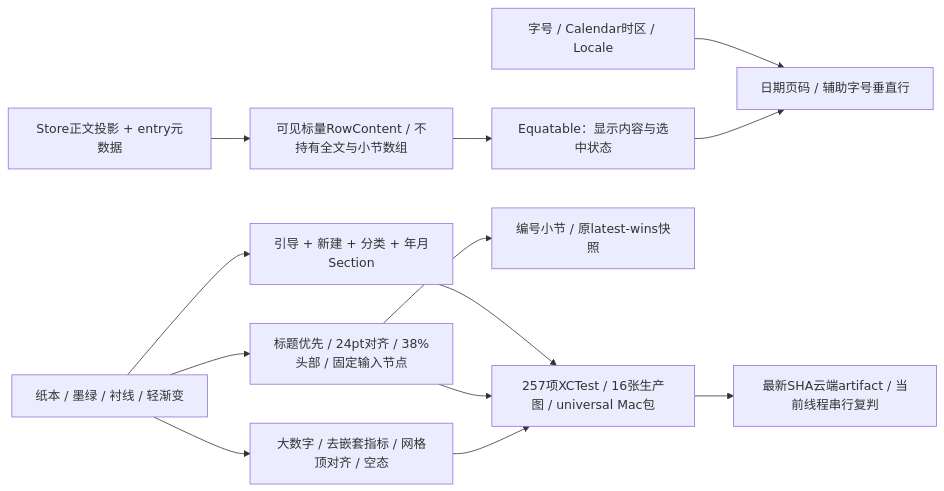
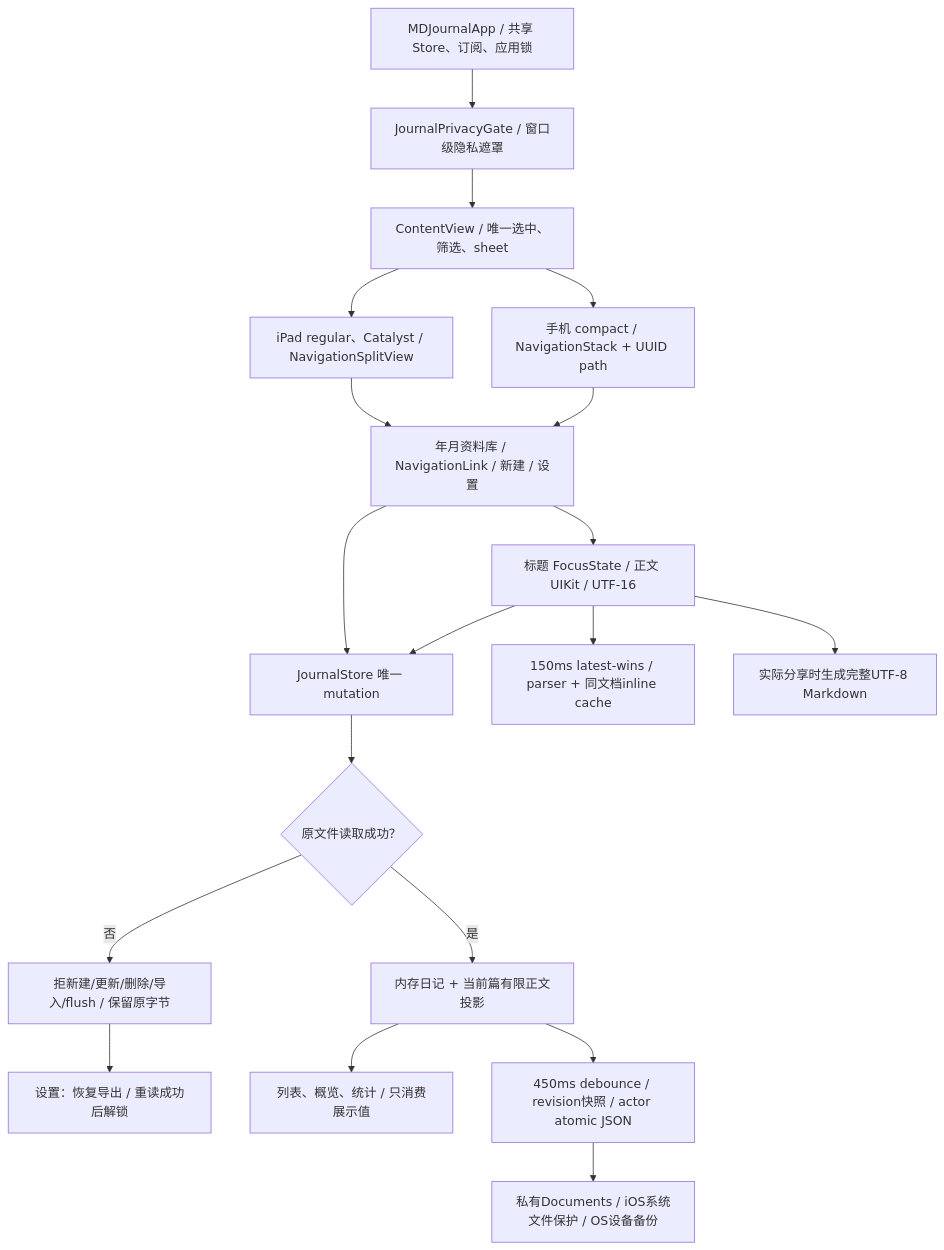
One commit to Altman-sam114/117 changed the first of 4 diagrams in md/flow/flowchart.md. Above: the diagram before and after it, drawn with Mermaid. The commit also changed other lines of this file and 41 other files, not shown here.

````diff
--- a/md/flow/flowchart.md
+++ b/md/flow/flowchart.md
@@ -19,15 +5,21 @@
 ```mermaid
-flowchart LR
-  Store["Store正文投影 + entry元数据"] --> Row["可见标量RowContent / 不持有全文与小节数组"]
-  Row --> Equal["Equatable：显示内容与选中状态"]
-  Environment["字号 / Calendar时区 / Locale"] --> Folio["日期页码 / 辅助字号垂直行"]
-  Equal --> Folio
-  Theme["纸本 / 墨绿 / 衬线 / 轻渐变"] --> Library["引导 + 新建 + 分类 + 年月Section"]
-  Theme --> Editor["标题优先 / 24pt对齐 / 38%头部 / 固定输入节点"]
-  Editor --> Preview["编号小节 / 原latest-wins快照"]
-  Theme --> Stats["大数字 / 去嵌套指标 / 网格顶对齐 / 空态"]
-  Library --> CI["257项XCTest / 16张生产图 / universal Mac包"]
-  Editor --> CI
-  Stats --> CI
-  CI --> Review["最新SHA云端artifact / 当前线程串行复判"]
+flowchart TD
+  App["MDJournalApp / 共享 Store、订阅、应用锁"] --> Gate["JournalPrivacyGate / 窗口级隐私遮罩"]
+  Gate --> Content["ContentView / 唯一选中、筛选、sheet"]
+  Content --> Compact["手机 compact / NavigationStack + UUID path"]
+  Content --> Regular["iPad regular、Catalyst / NavigationSplitView"]
+  Compact --> Library["年月资料库 / NavigationLink / 新建 / 设置"]
+  Regular --> Library
+  Library --> Editor["标题 FocusState / 正文 UIKit / UTF-16"]
+  Editor --> Mutation["JournalStore 唯一 mutation"]
+  Library --> Mutation
+  Mutation --> Health{"原文件读取成功？"}
+  Health -- "否" --> Protect["拒新建/更新/删除/导入/flush / 保留原字节"]
+  Protect --> Recovery["设置：恢复导出 / 重读成功后解锁"]
+  Health -- "是" --> State["内存日记 + 当前篇有限正文投影"]
+  State --> ListStats["列表、概览、统计 / 只消费展示值"]
+  State --> Save["450ms debounce / revision快照 / actor atomic JSON"]
+  Save --> File["私有Documents / iOS系统文件保护 / OS设备备份"]
+  Editor --> Preview["150ms latest-wins / parser + 同文档inline cache"]
+  Editor --> Share["实际分享时生成完整UTF-8 Markdown"]
 ```
````
